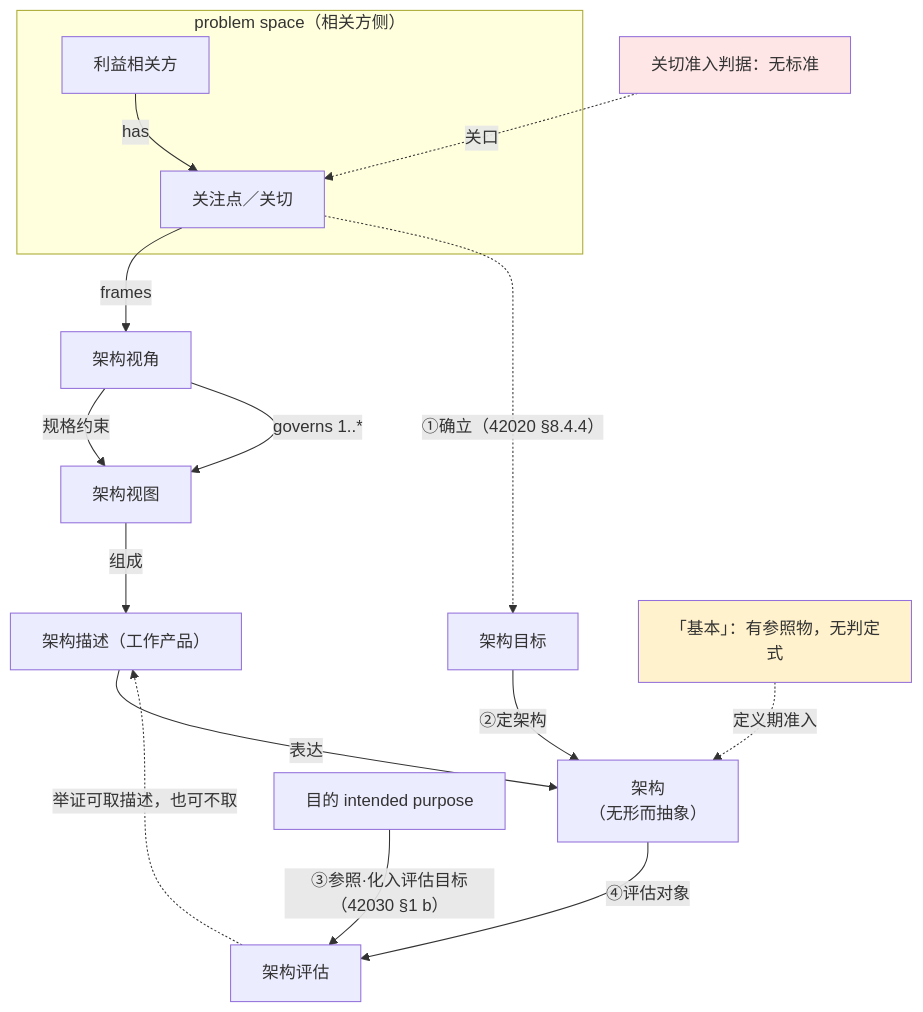
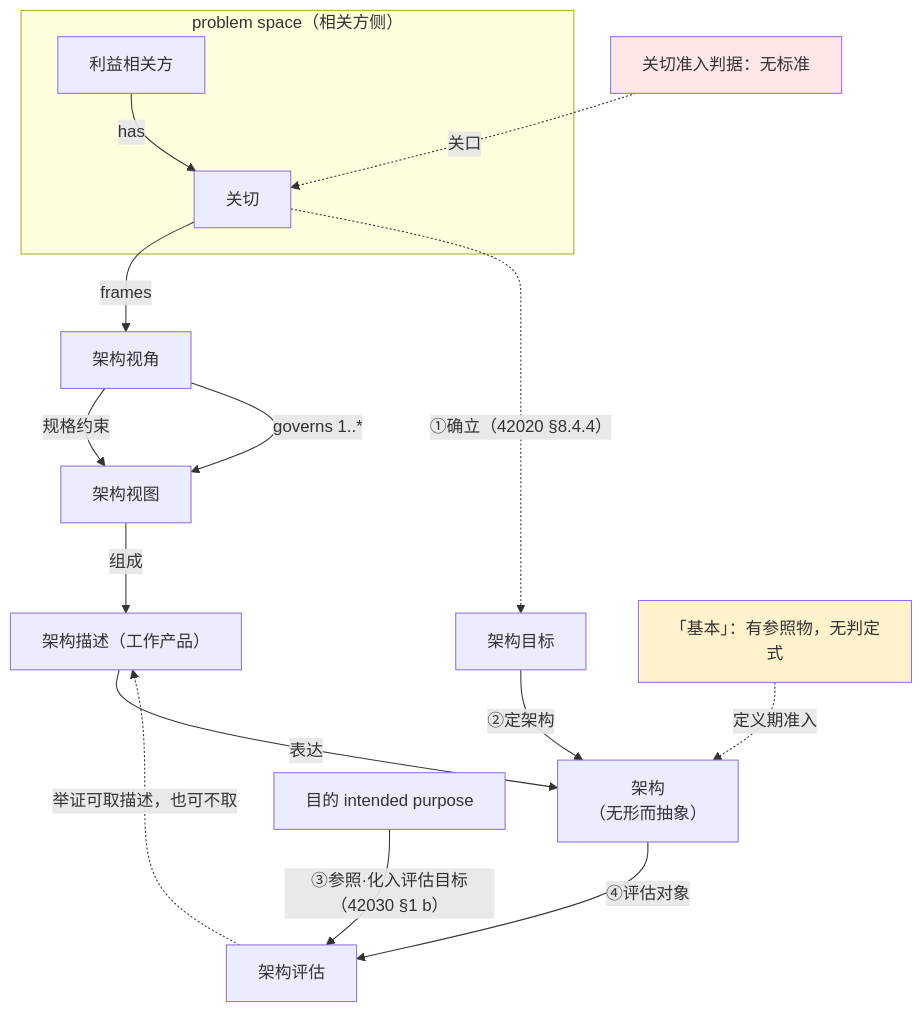
The first of 2 diagrams in 10-系统工程研究/00-系统工程相关研究报告/32-架构视角与关切判据研究报告-从视角集到关切裁决.md (Yongjunzhou/business-Engineering), drawn with Mermaid before and after one commit. The commit also changed other lines of this file and 33 other files, not shown here.

````diff
--- a/10-系统工程研究/00-系统工程相关研究报告/32-架构视角与关切判据研究报告-从视角集到关切裁决.md
+++ b/10-系统工程研究/00-系统工程相关研究报告/32-架构视角与关切判据研究报告-从视角集到关切裁决.md
@@ -71,20 +71,20 @@
 ```mermaid
 flowchart TB
     subgraph P["problem space（相关方侧）"]
-        SH["利益相关方"] -->|"has"| C["关注点／关切"]
+        SH["利益相关方"] -->|"has"| C["关切"]
     end
     C -->|"frames"| VP["架构视角"]
     VP -->|"规格约束"| V["架构视图"]
     VP -->|"governs 1..*"| V
     V -->|"组成"| AD["架构描述（工作产品）"]
     AD -->|"表达"| A["架构<br/>（无形而抽象）"]
     C -.->|"①确立（42020 §8.4.4）"| O["架构目标"]
     O -->|"②定架构"| A
     PP["目的 intended purpose"] -->|"③参照·化入评估目标（42030 §1 b）"| EV["架构评估"]
     A -->|"④评估对象"| EV
     EV -.->|"举证可取描述，也可不取"| AD
     N1["「基本」：有参照物，无判定式"] -.->|"定义期准入"| A
     N2["关切准入判据：无标准"] -.->|"关口"| C
     style N1 fill:#fff2cc
     style N2 fill:#ffe6e6
 ```
````
